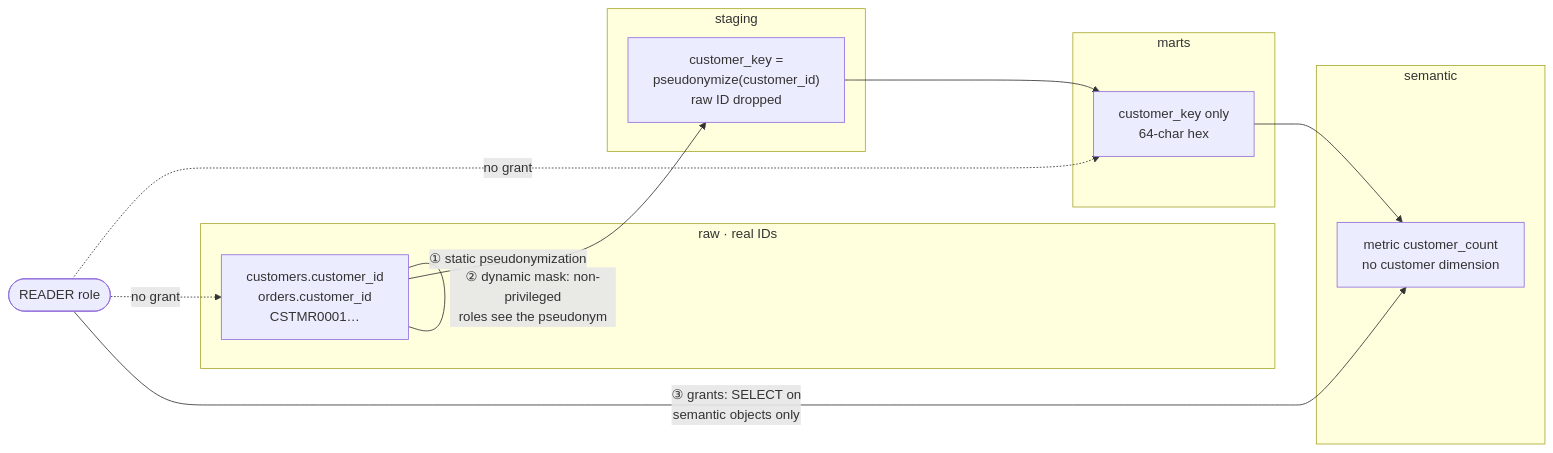
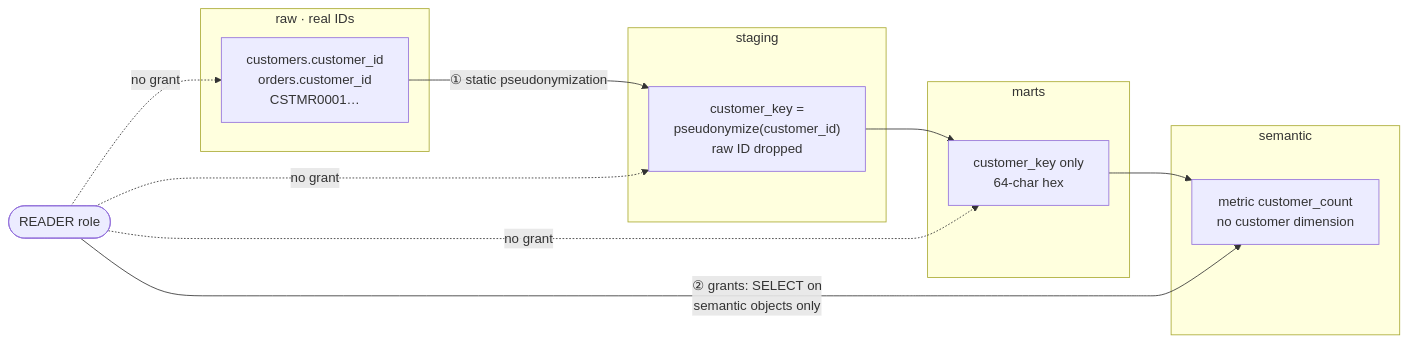
One commit to John-Miller12/portfolio-dual-target-dbt changed the first of 3 diagrams in docs/design/02a-governance-rbac.md. Above: the diagram before and after it, drawn with Mermaid. The commit also changed other lines of this file, not shown here.

First line of the commit message:
Design 02A rev 2: scoped PLATFORM_ADMIN role, drop dynamic masking

````diff
--- a/docs/design/02a-governance-rbac.md
+++ b/docs/design/02a-governance-rbac.md
@@ -18,21 +22,21 @@
 ```mermaid
 flowchart LR
   subgraph raw["raw · real IDs"]
     R["customers.customer_id<br/>orders.customer_id<br/>CSTMR0001…"]
   end
   subgraph stg["staging"]
     S["customer_key =<br/>pseudonymize(customer_id)<br/>raw ID dropped"]
   end
   subgraph marts["marts"]
     M["customer_key only<br/>64-char hex"]
   end
   subgraph sem["semantic"]
     V["metric customer_count<br/>no customer dimension"]
   end
   R -->|"① static pseudonymization"| S --> M --> V
 
-  RD(["READER role"]) -->|"③ grants: SELECT on<br/>semantic objects only"| V
+  RD(["READER role"]) -->|"② grants: SELECT on<br/>semantic objects only"| V
   RD -.->|"no grant"| M
+  RD -.->|"no grant"| S
   RD -.->|"no grant"| R
-  R ---|"② dynamic mask: non-privileged<br/>roles see the pseudonym"| R
 ```
````
